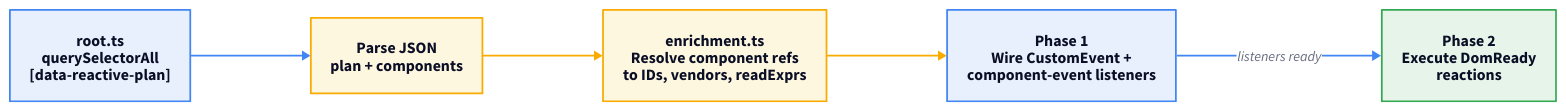
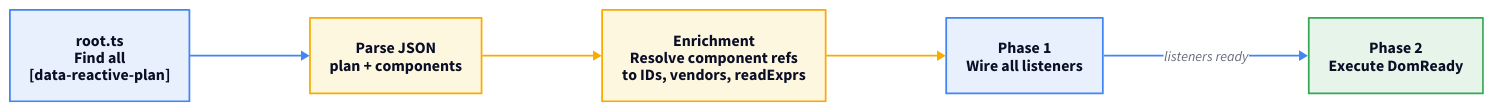
The first of 2 diagrams in docs-site/src/content/docs/architecture/runtime.mdx (marafiq/alis-reactive), drawn with D2 before and after one commit. The commit also changed other lines of this file and 2 other files, not shown here.

First line of the commit message:
docs: eliminate overlap between Runtime and Component Model pages

````diff
--- a/docs-site/src/content/docs/architecture/runtime.mdx
+++ b/docs-site/src/content/docs/architecture/runtime.mdx
@@ -64,47 +41,47 @@
 ```d2
 direction: right
 
-discover: "root.ts\nquerySelectorAll\n[data-reactive-plan]" {
+discover: "root.ts\nFind all\n[data-reactive-plan]" {
   shape: rectangle
   style.fill: "#e8f0fe"
   style.stroke: "#4285f4"
   style.font-size: 18
 }
 parse: "Parse JSON\nplan + components" {
   shape: rectangle
   style.fill: "#fef7e0"
   style.stroke: "#f9ab00"
   style.font-size: 18
 }
-enrich: "enrichment.ts\nResolve component refs\nto IDs, vendors, readExprs" {
+enrich: "Enrichment\nResolve component refs\nto IDs, vendors, readExprs" {
   shape: rectangle
   style.fill: "#fef7e0"
   style.stroke: "#f9ab00"
   style.font-size: 18
 }
-phase1: "Phase 1\nWire CustomEvent +\ncomponent-event listeners" {
+phase1: "Phase 1\nWire all listeners" {
   shape: rectangle
   style.fill: "#e8f0fe"
   style.stroke: "#4285f4"
   style.font-size: 18
 }
-phase2: "Phase 2\nExecute DomReady\nreactions" {
+phase2: "Phase 2\nExecute DomReady" {
   shape: rectangle
   style.fill: "#e6f4ea"
   style.stroke: "#34a853"
   style.font-size: 18
 }
 
 discover -> parse {
   style.stroke: "#4285f4"
 }
 parse -> enrich {
   style.stroke: "#f9ab00"
 }
 enrich -> phase1 {
   style.stroke: "#f9ab00"
 }
 phase1 -> phase2: listeners ready {
   style.stroke: "#4285f4"
 }
 ```
````
